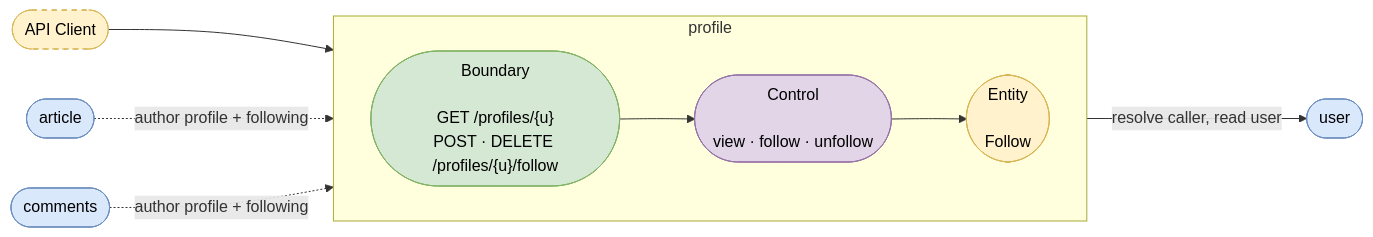
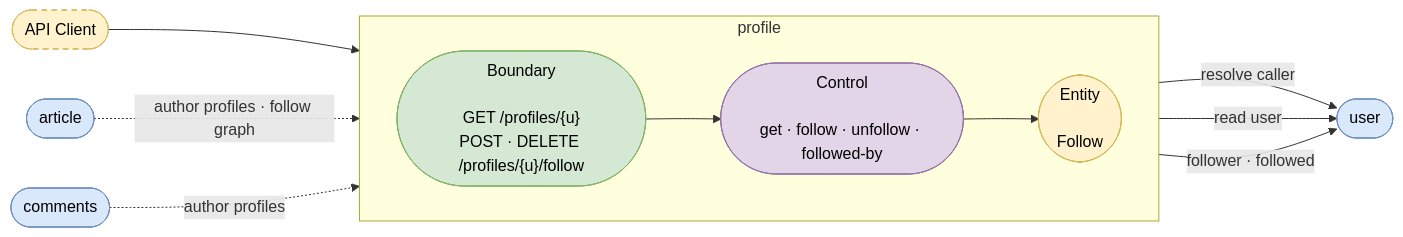
Before and after one commit to dearrudam/sdd4j-realworld-api: the third of 7 diagrams in README.md, drawn with Mermaid. The commit also changed other lines of this file, not shown here.

First line of the commit message:
docs(readme): correct per-bc diagram wiring

````diff
--- a/README.md
+++ b/README.md
@@ -78,23 +82,25 @@
 ```mermaid
 graph LR
     client([API Client])
     subgraph profile
         direction LR
-        b(["Boundary<br/><br/>GET /profiles/{u}<br/>POST · DELETE /profiles/{u}/follow"]) --> c(["Control<br/><br/>view · follow · unfollow"]) --> e(["Entity<br/><br/>Follow"])
+        b(["Boundary<br/><br/>GET /profiles/{u}<br/>POST · DELETE /profiles/{u}/follow"]) --> c(["Control<br/><br/>get · follow · unfollow · followed-by"]) --> e(["Entity<br/><br/>Follow"])
     end
     client --> b
-    c -->|resolve caller, read user| user([user])
-    article([article]) -.->|author profile + following| c
-    comments([comments]) -.->|author profile + following| c
+    b -->|resolve caller| user([user])
+    c -->|read user| user
+    e -->|follower · followed| user
+    article([article]) -.->|author profiles · follow graph| c
+    comments([comments]) -.->|author profiles| c
 
     classDef ext fill:#fff2cc,stroke:#d6b656,color:#000,stroke-dasharray:5 5
     classDef boundary fill:#d5e8d4,stroke:#82b366,color:#000
     classDef control fill:#e1d5e7,stroke:#9673a6,color:#000
     classDef entity fill:#fff2cc,stroke:#d6b656,color:#000
     classDef bc fill:#dae8fc,stroke:#6c8ebf,color:#000
     class client ext
     class b boundary
     class c control
     class e entity
     class user,article,comments bc
 ```
````
